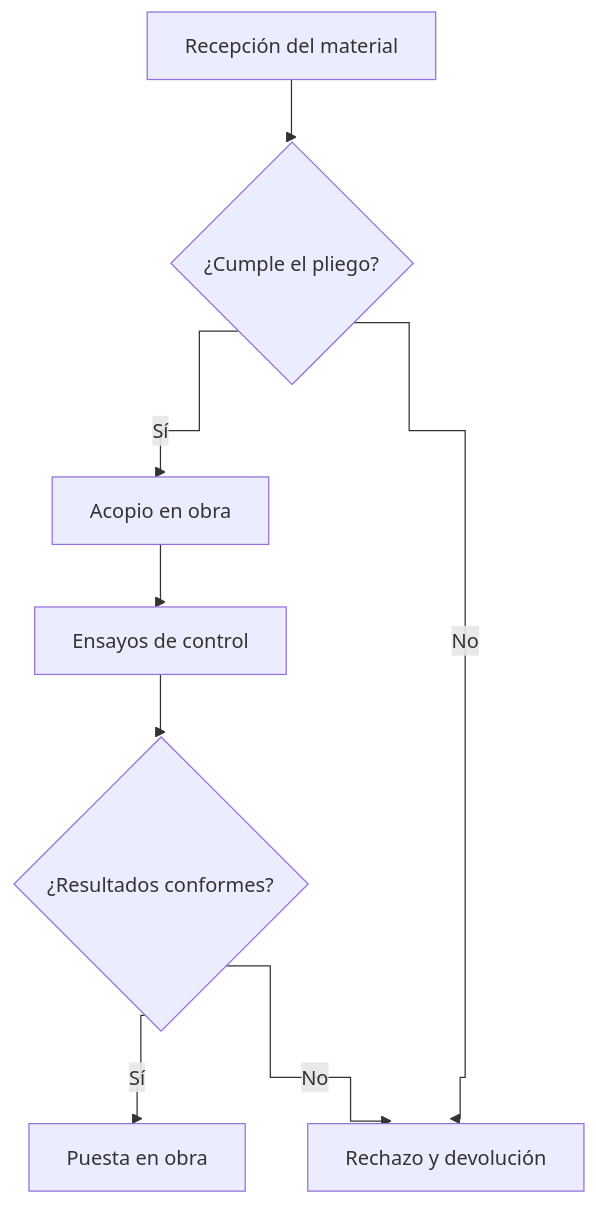
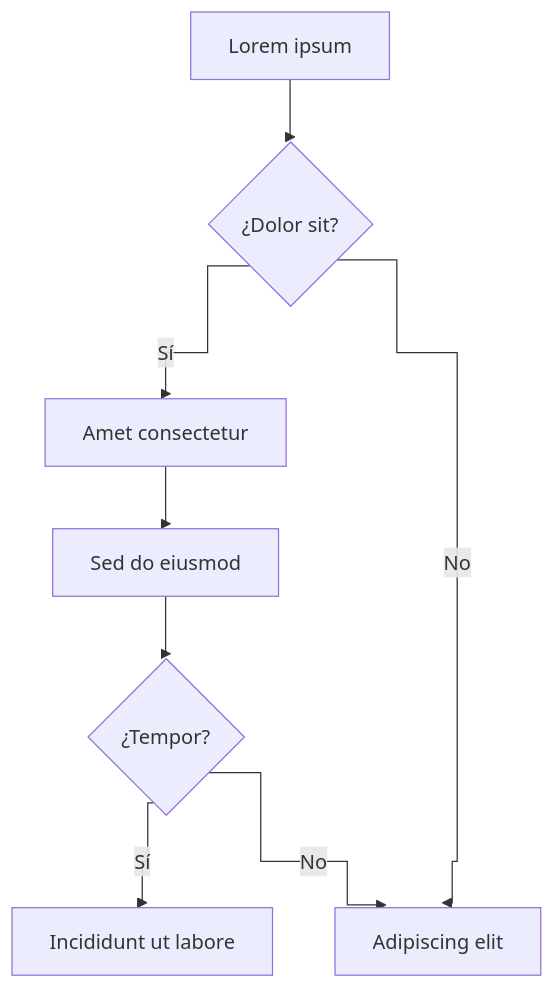
Before and after one commit to isidro-rodriguez/techsical: the second of 2 diagrams in docs/formulas.md, drawn with Mermaid. The commit also changed other lines of this file and 3 other files, not shown here.

First line of the commit message:
docs: rellenos de la demostración con lorem ipsum

````diff
--- a/docs/formulas.md
+++ b/docs/formulas.md
@@ -35,11 +35,11 @@
 ``` mermaid
 %%{init: {"flowchart": {"curve": "step"}}}%%
 flowchart TD
-  A[Recepción del material] --> B{¿Cumple el pliego?}
-  B -- Sí --> C[Acopio en obra]
-  B -- No --> D[Rechazo y devolución]
-  C --> E[Ensayos de control]
-  E --> F{¿Resultados conformes?}
-  F -- Sí --> G[Puesta en obra]
+  A[Lorem ipsum] --> B{¿Dolor sit?}
+  B -- Sí --> C[Amet consectetur]
+  B -- No --> D[Adipiscing elit]
+  C --> E[Sed do eiusmod]
+  E --> F{¿Tempor?}
+  F -- Sí --> G[Incididunt ut labore]
   F -- No --> D
 ```
````
